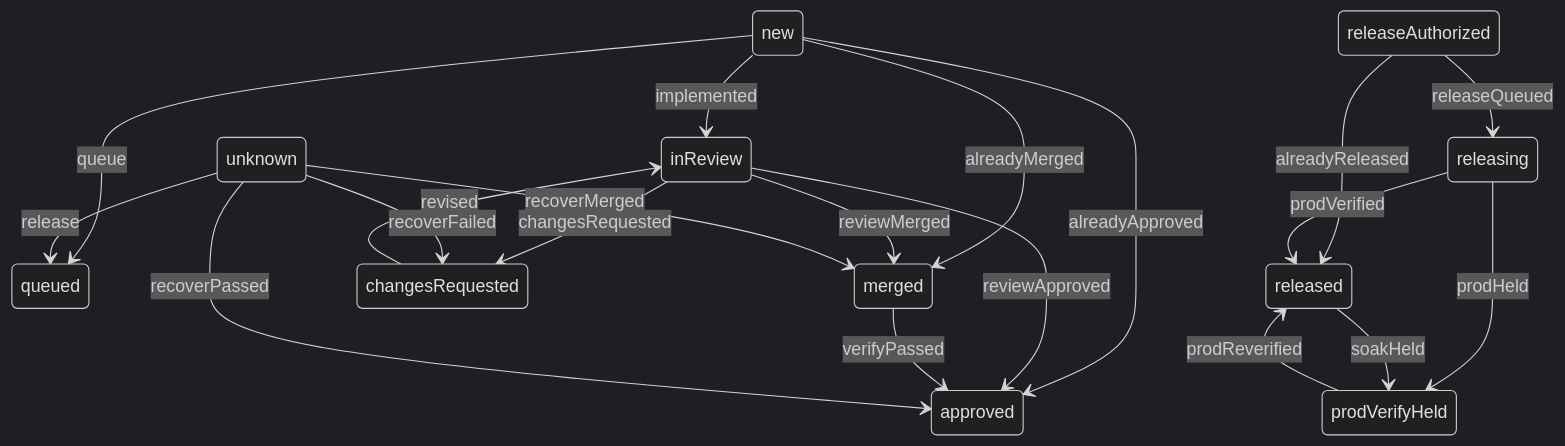
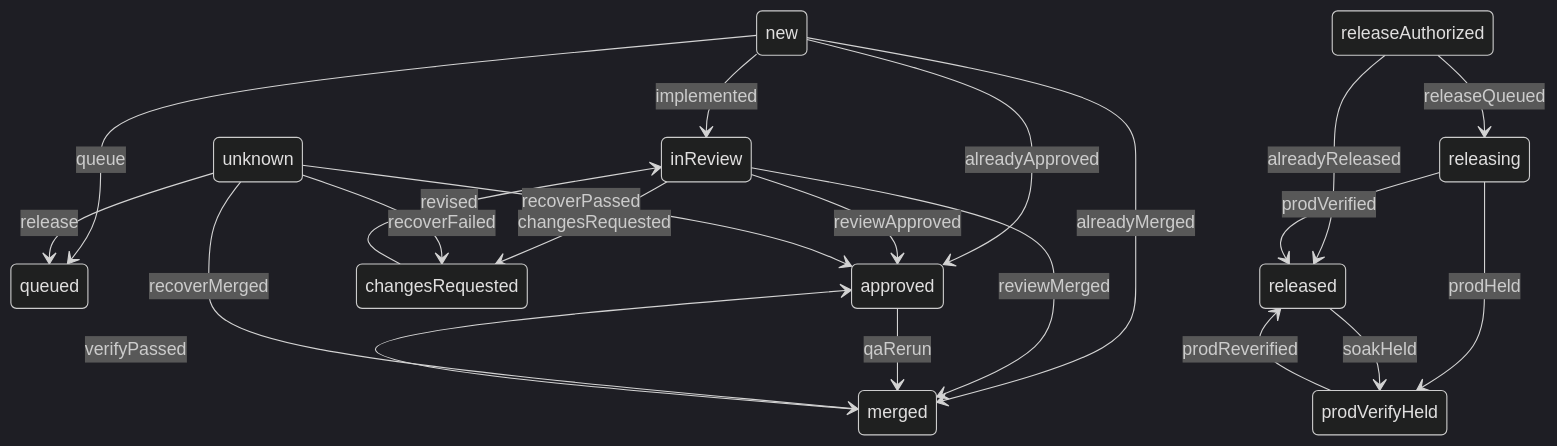
One commit to xrgarcia/slashbin-ai-foreman changed the diagram in docs/lifecycle.md. Above: the diagram before and after it, drawn with Mermaid (dark theme). The commit also changed other lines of this file and 9 other files, not shown here.

````diff
--- a/docs/lifecycle.md
+++ b/docs/lifecycle.md
@@ -89,22 +90,23 @@
 ```mermaid
 stateDiagram-v2
   new --> queued: queue
   new --> inReview: implemented
   new --> approved: alreadyApproved
   new --> merged: alreadyMerged
   inReview --> approved: reviewApproved
   inReview --> merged: reviewMerged
   inReview --> changesRequested: changesRequested
   changesRequested --> inReview: revised
   merged --> approved: verifyPassed
+  approved --> merged: qaRerun
   unknown --> approved: recoverPassed
   unknown --> changesRequested: recoverFailed
   unknown --> merged: recoverMerged
   unknown --> queued: release
   releaseAuthorized --> releasing: releaseQueued
   releaseAuthorized --> released: alreadyReleased
   releasing --> released: prodVerified
   releasing --> prodVerifyHeld: prodHeld
   prodVerifyHeld --> released: prodReverified
   released --> prodVerifyHeld: soakHeld
 ```
````
